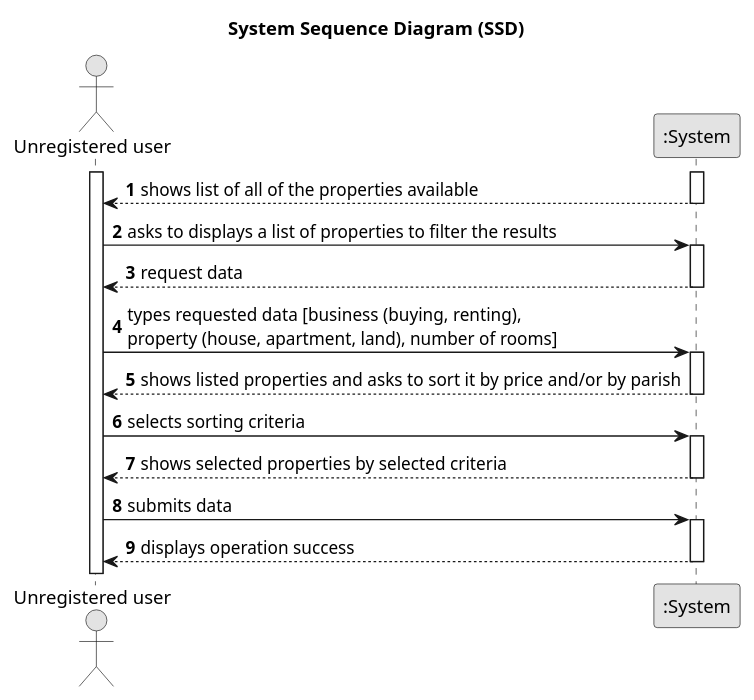
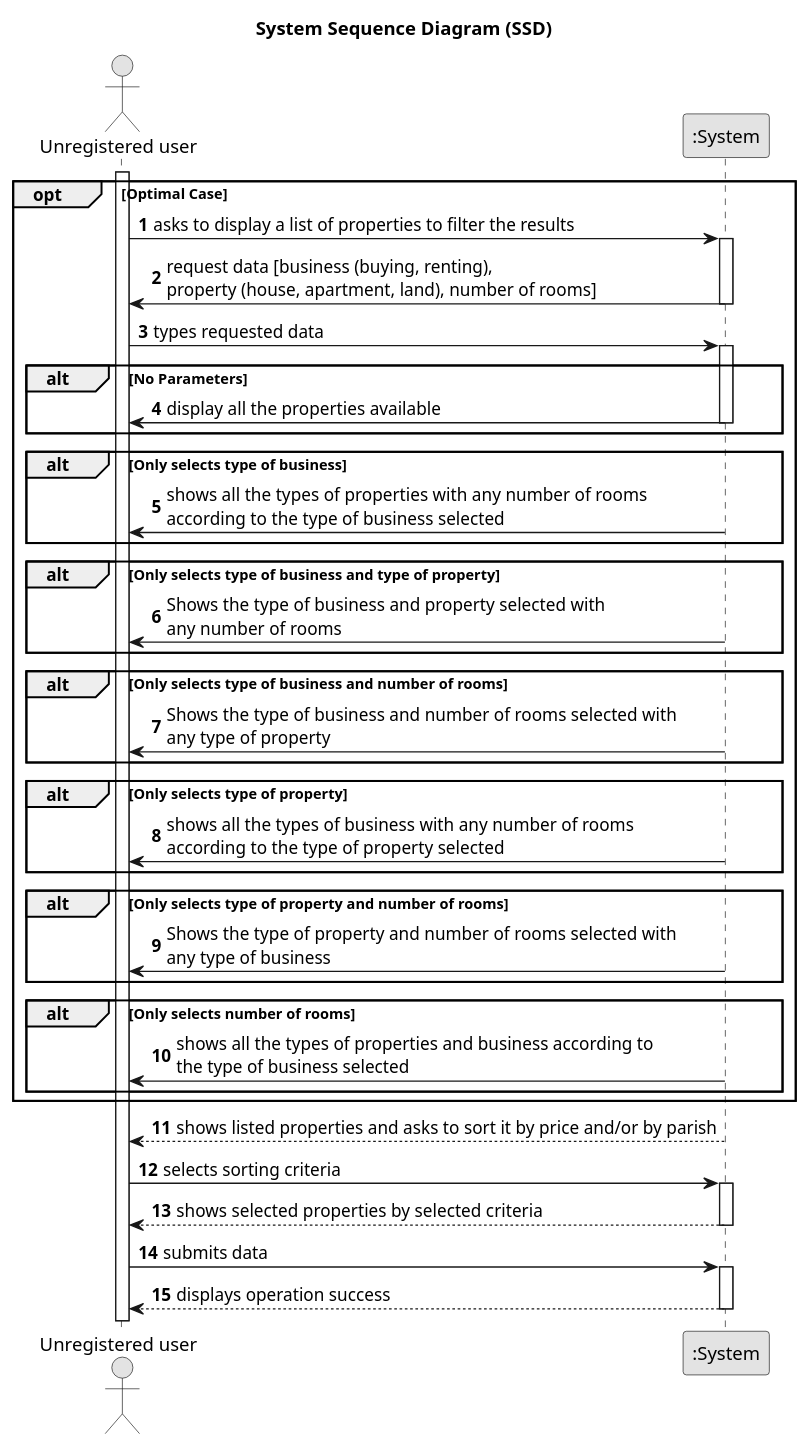
Before and after one commit to PureNimble/ISEP-LAPR2: the diagram in docs/sprintA/US01/01.requirements-engineering/puml/us01-system-sequence-diagram.puml, drawn with PlantUML. The commit also changed 5 other files, not shown here.

```diff
--- a/docs/sprintA/US01/01.requirements-engineering/puml/us01-system-sequence-diagram.puml
+++ b/docs/sprintA/US01/01.requirements-engineering/puml/us01-system-sequence-diagram.puml
@@ -1,43 +1,92 @@
 @startuml
 skinparam monochrome true
 skinparam packageStyle rectangle
 skinparam shadowing false
 
 title System Sequence Diagram (SSD)
 
 autonumber
 
 actor "Unregistered user" as User
 participant ":System" as System
 
-activate System
+opt Optimal Case
+
 activate User
 
-    System --> User : shows list of all of the properties available
+    User -> System : asks to display a list of properties to filter the results
+    activate System
+
+    System -> User : request data [business (buying, renting), \nproperty (house, apartment, land), number of rooms]
     deactivate System
 
-    User -> System : asks to displays a list of properties to filter the results
+    User -> System : types requested data
     activate System
 
-    System --> User : request data
-    deactivate System
+        alt   No Parameters
 
-    User -> System : types requested data [business (buying, renting), \nproperty (house, apartment, land), number of rooms]
-    activate System
+            System -> User : display all the properties available
+            deactivate System
+
+        end
+
+        alt  Only selects type of business
+
+            System -> User : shows all the types of properties with any number of rooms \naccording to the type of business selected
+            deactivate System
+
+        end
+
+        alt  Only selects type of business and type of property
+
+            System -> User : Shows the type of business and property selected with \nany number of rooms
+            deactivate System
+
+        end
+
+        alt  Only selects type of business and number of rooms
+
+            System -> User : Shows the type of business and number of rooms selected with \nany type of property
+            deactivate System
+
+        end
+
+        alt  Only selects type of property
+
+            System -> User : shows all the types of business with any number of rooms \naccording to the type of property selected
+            deactivate System
+
+        end
+
+        alt  Only selects type of property and number of rooms
+
+            System -> User : Shows the type of property and number of rooms selected with \nany type of business
+            deactivate System
+
+        end
+
+        alt  Only selects number of rooms
+
+            System -> User : shows all the types of properties and business according to \nthe type of business selected
+            deactivate System
+
+        end
+
+end
 
     System --> User : shows listed properties and asks to sort it by price and/or by parish
     deactivate System
 
     User -> System : selects sorting criteria
     activate System
 
     System --> User : shows selected properties by selected criteria
     deactivate System
 
     User -> System : submits data
     activate System
 
     System --> User : displays operation success
     deactivate System
 
 @enduml
```
